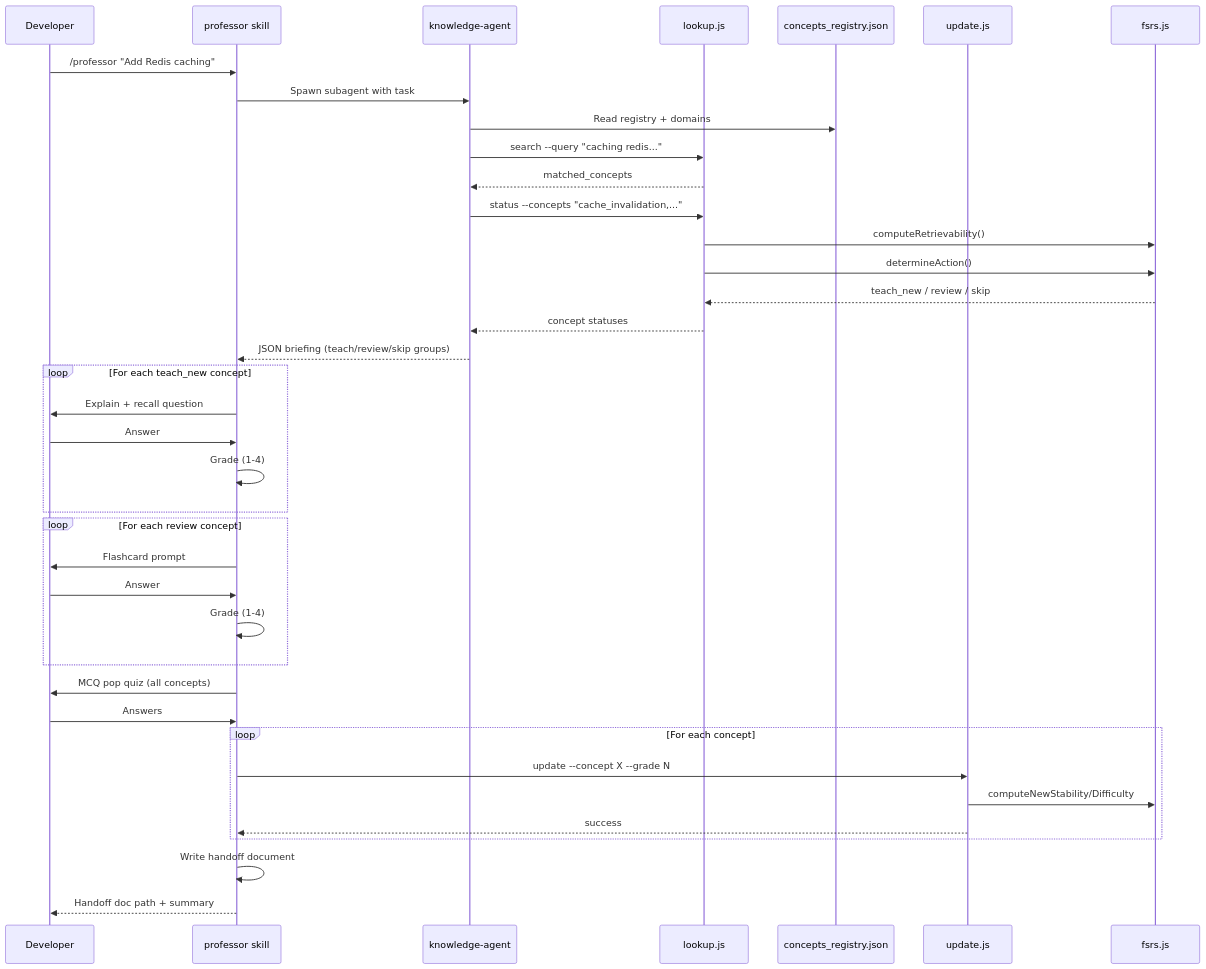
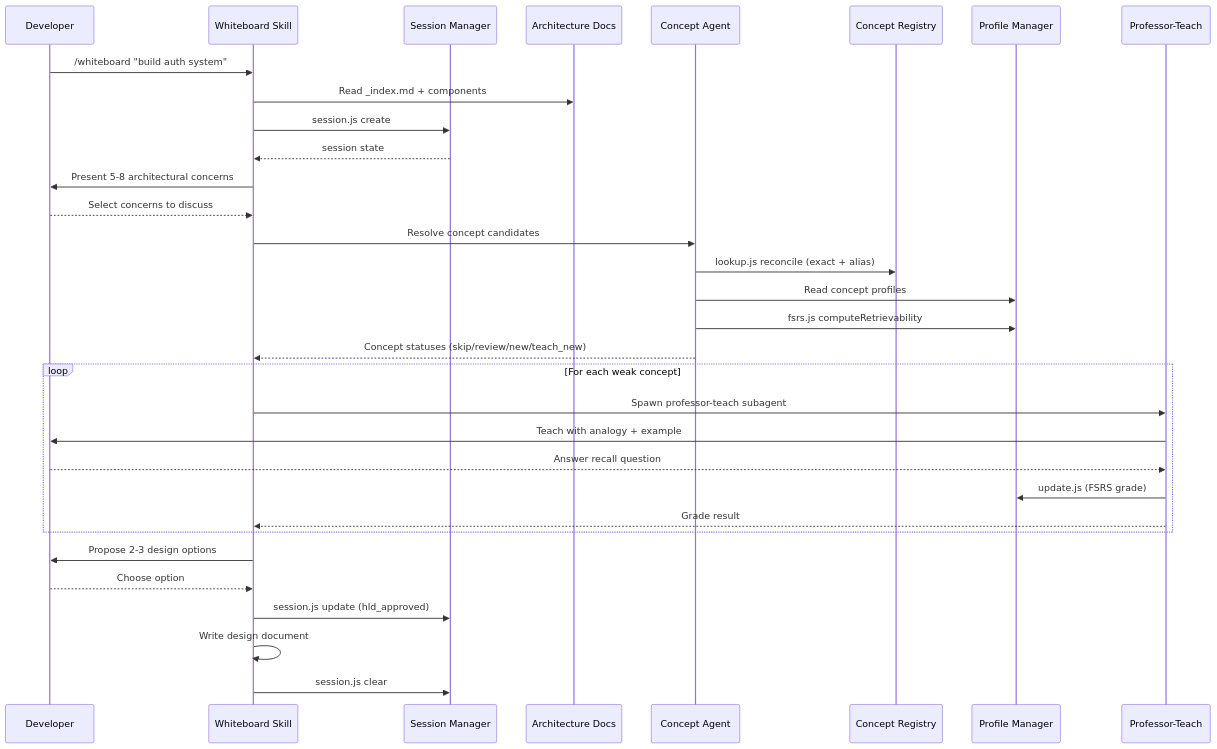
One commit to theadityamittal/claude-professor changed the second of 3 diagrams in docs/professor/architecture/data-flow.md. Above: the diagram before and after it, drawn with Mermaid. The commit also changed other lines of this file and 17 other files, not shown here.

First line of the commit message:
Refactor architecture components and enhance functionality

````diff
--- a/docs/professor/architecture/data-flow.md
+++ b/docs/professor/architecture/data-flow.md
@@ -33,46 +43,39 @@
 ```mermaid
 sequenceDiagram
     participant Dev as Developer
-    participant Prof as professor skill
-    participant KA as knowledge-agent
-    participant LU as lookup.js
-    participant CR as concepts_registry.json
-    participant UP as update.js
-    participant FSRS as fsrs.js
+    participant WB as Whiteboard Skill
+    participant SM as Session Manager
+    participant AA as Architecture Docs
+    participant CA as Concept Agent
+    participant CR as Concept Registry
+    participant PM as Profile Manager
+    participant PT as Professor-Teach
 
-    Dev->>Prof: /professor "Add Redis caching"
-    Prof->>KA: Spawn subagent with task
-    KA->>CR: Read registry + domains
-    KA->>LU: search --query "caching redis..."
-    LU-->>KA: matched_concepts
-    KA->>LU: status --concepts "cache_invalidation,..."
-    LU->>FSRS: computeRetrievability()
-    LU->>FSRS: determineAction()
-    FSRS-->>LU: teach_new / review / skip
-    LU-->>KA: concept statuses
-    KA-->>Prof: JSON briefing (teach/review/skip groups)
+    Dev->>WB: /whiteboard "build auth system"
+    WB->>AA: Read _index.md + components
+    WB->>SM: session.js create
+    SM-->>WB: session state
 
-    loop For each teach_new concept
-        Prof->>Dev: Explain + recall question
-        Dev->>Prof: Answer
-        Prof->>Prof: Grade (1-4)
+    WB->>Dev: Present 5-8 architectural concerns
+    Dev-->>WB: Select concerns to discuss
+
+    WB->>CA: Resolve concept candidates
+    CA->>CR: lookup.js reconcile (exact + alias)
+    CA->>PM: Read concept profiles
+    CA->>PM: fsrs.js computeRetrievability
+    CA-->>WB: Concept statuses (skip/review/new/teach_new)
+
+    loop For each weak concept
+        WB->>PT: Spawn professor-teach subagent
+        PT->>Dev: Teach with analogy + example
+        Dev-->>PT: Answer recall question
+        PT->>PM: update.js (FSRS grade)
+        PT-->>WB: Grade result
     end
 
-    loop For each review concept
-        Prof->>Dev: Flashcard prompt
-        Dev->>Prof: Answer
-        Prof->>Prof: Grade (1-4)
-    end
-
-    Prof->>Dev: MCQ pop quiz (all concepts)
-    Dev->>Prof: Answers
-
-    loop For each concept
-        Prof->>UP: update --concept X --grade N
-        UP->>FSRS: computeNewStability/Difficulty
-        UP-->>Prof: success
-    end
-
-    Prof->>Prof: Write handoff document
-    Prof-->>Dev: Handoff doc path + summary
+    WB->>Dev: Propose 2-3 design options
+    Dev-->>WB: Choose option
+    WB->>SM: session.js update (hld_approved)
+    WB->>WB: Write design document
+    WB->>SM: session.js clear
 ```
````
